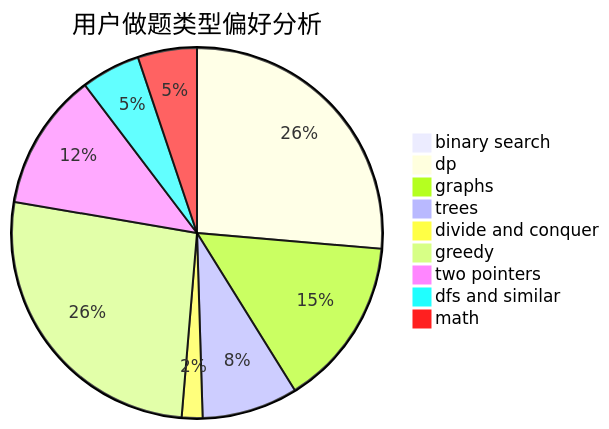
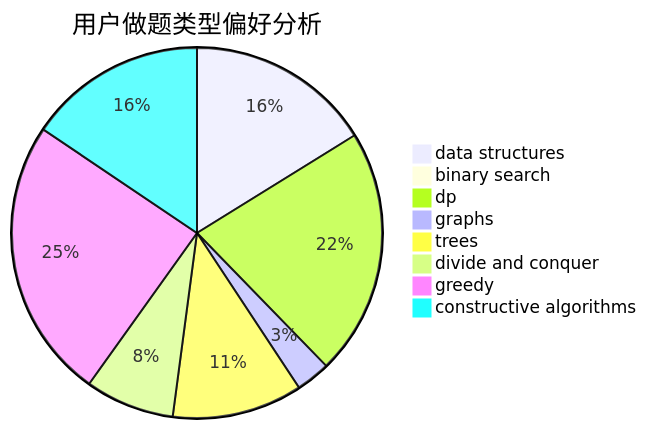
Before and after one commit to sherpahu/cfrs.github.io: the second of 3 diagrams in docs/user/u2230.md, drawn with Mermaid. The commit also changed other lines of this file and 2775 other files, not shown here.

````diff
--- a/docs/user/u2230.md
+++ b/docs/user/u2230.md
@@ -23,12 +23,11 @@
 ```mermaid
 pie title 用户做题类型偏好分析
-    "binary search" :  4
-    "dp" :  189
-    "graphs" :  106
-    "trees" :  60
+    "data structures" :  27
+    "binary search" :  0
+    "dp" :  36
+    "graphs" :  5
+    "trees" :  19
     "divide and conquer" :  13
-    "greedy" :  189
-    "two pointers" :  86
-    "dfs and similar" :  37
-    "math" :  37
+    "greedy" :  41
+    "constructive algorithms" :  26
 ```
````
